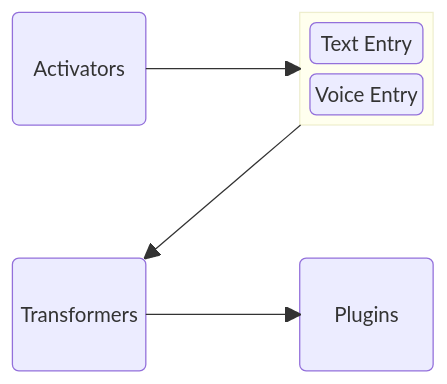
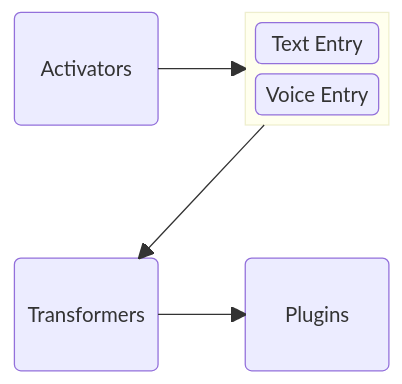
One commit to ViscousPot/vocode-community changed the diagram in docs/index.md. Above: the diagram before and after it, drawn with Mermaid.

````diff
--- a/docs/index.md
+++ b/docs/index.md
@@ -13,16 +13,17 @@
 ```mermaid
 block-beta
-   columns 3
-   A("Activators") space 
-   block:input_methods
+   columns 5
+   A("Activators"):2 space 
+   block:input_methods:2
      columns 1
+
     B("Text Entry") 
     C("Voice Entry")
   end 
-  space space space
-   D("Transformers") space E("Plugins")
+  space space space space space
+   D("Transformers"):2 space E("Plugins"):2
    
    A --> input_methods
    input_methods --> D
    D --> E
 ```
````
